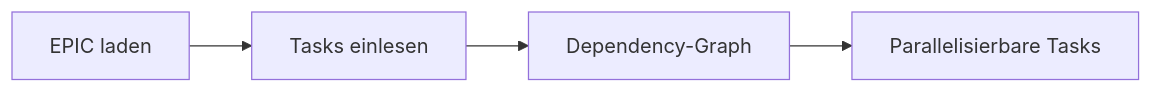
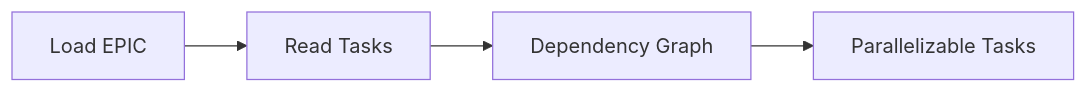
One commit to talent-factory/claude-plugins changed the diagram in plugins/project-management/commands/implement-epic.md. Above: the diagram before and after it, drawn with Mermaid. The commit also changed other lines of this file and 30 other files, not shown here.

````diff
--- a/plugins/project-management/commands/implement-epic.md
+++ b/plugins/project-management/commands/implement-epic.md
@@ -79,6 +75,6 @@
 ```mermaid
 graph LR
-    A[EPIC laden] --> B[Tasks einlesen]
-    B --> C[Dependency-Graph]
-    C --> D[Parallelisierbare Tasks]
+    A[Load EPIC] --> B[Read Tasks]
+    B --> C[Dependency Graph]
+    C --> D[Parallelizable Tasks]
 ```
````
